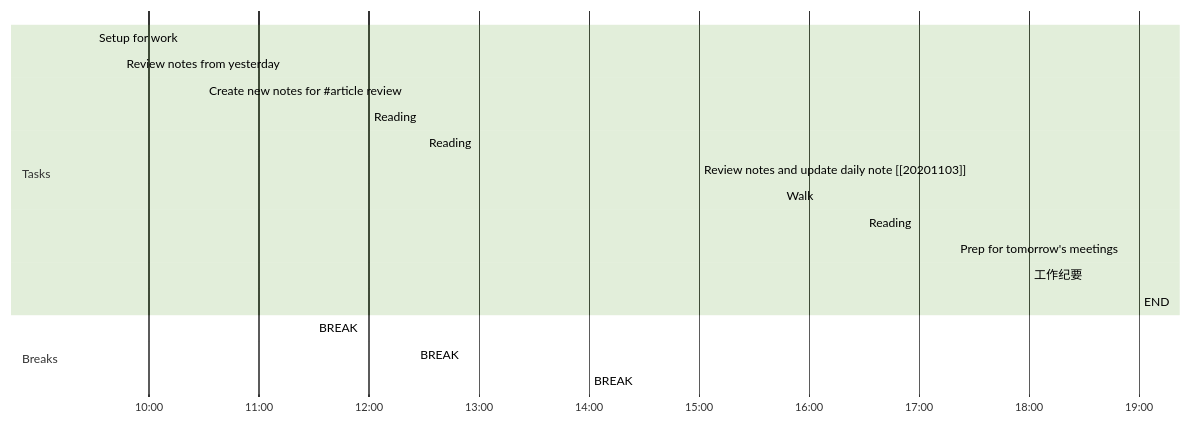
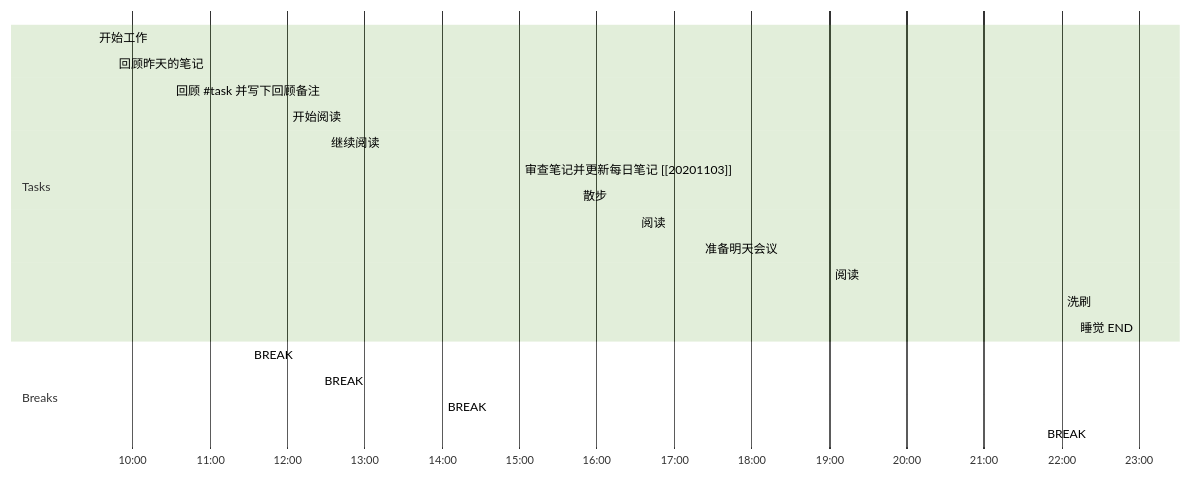
One commit to iT-Boyer/Obsidian changed the diagram in Journal/Day Planners/Day Planner-20210203.md. Above: the diagram before and after it, drawn with Mermaid (forest theme). The commit also changed other lines of this file and 18 other files, not shown here.

````diff
--- a/Journal/Day Planners/Day Planner-20210203.md
+++ b/Journal/Day Planners/Day Planner-20210203.md
@@ -2,22 +7,24 @@
 ```mermaid
 gantt
     dateFormat  HH-mm
     axisFormat %H:%M
-    %% Current Time: 下午6:17:13
+    %% Current Time: 下午7:59:44
     section Tasks
-    Setup for work     :09-30, 15mm
-    Review notes from yesterday     :09-45, 45mm
-    Create new notes for #35;article review     :10-30, 60mm
-    Reading     :12-00, 25mm
-    Reading     :12-30, 90mm
-    Review notes and update daily note [[20201103]]     :15-00, 45mm
-    Walk     :15-45, 45mm
-    Reading     :16-30, 50mm
-    Prep for tomorrow's meetings     :17-20, 40mm
-    工作纪要     :18-00, 60mm
-    END     :19-00, 0mm
+    开始工作     :09-30, 15mm
+    回顾昨天的笔记     :09-45, 45mm
+    回顾 #35;task 并写下回顾备注     :10-30, 60mm
+    开始阅读     :12-00, 25mm
+    继续阅读     :12-30, 90mm
+    审查笔记并更新每日笔记 [[20201103]]     :15-00, 45mm
+    散步     :15-45, 45mm
+    阅读     :16-30, 50mm
+    准备明天会议     :17-20, 100mm
+    阅读     :19-00, 165mm
+    洗刷     :22-00, 60mm
+    睡觉 END     :23-00, 0mm
     section Breaks
     BREAK     :11-30, 30mm
     BREAK     :12-25, 5mm
     BREAK     :14-00, 60mm
+    BREAK     :21-45, 15mm
 ```
````
